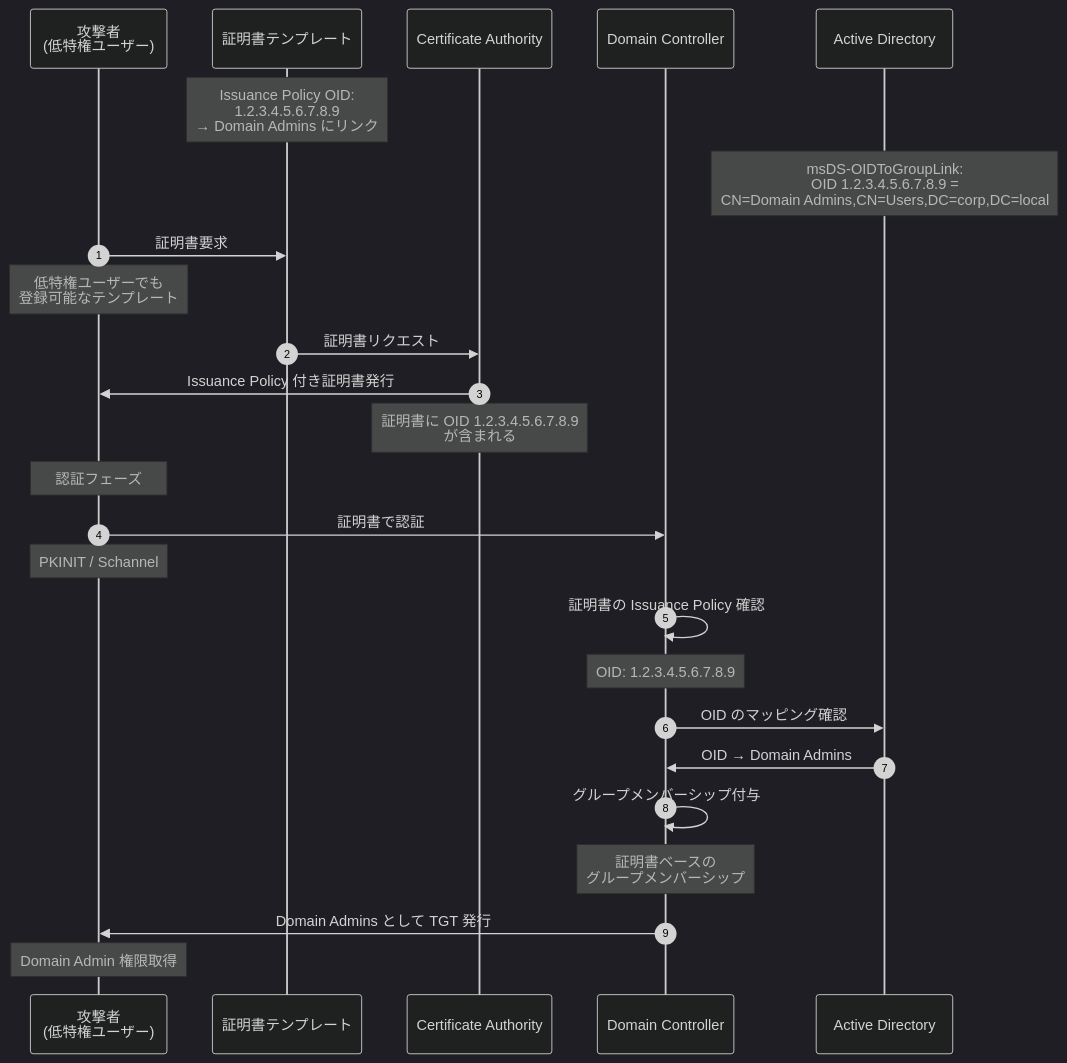
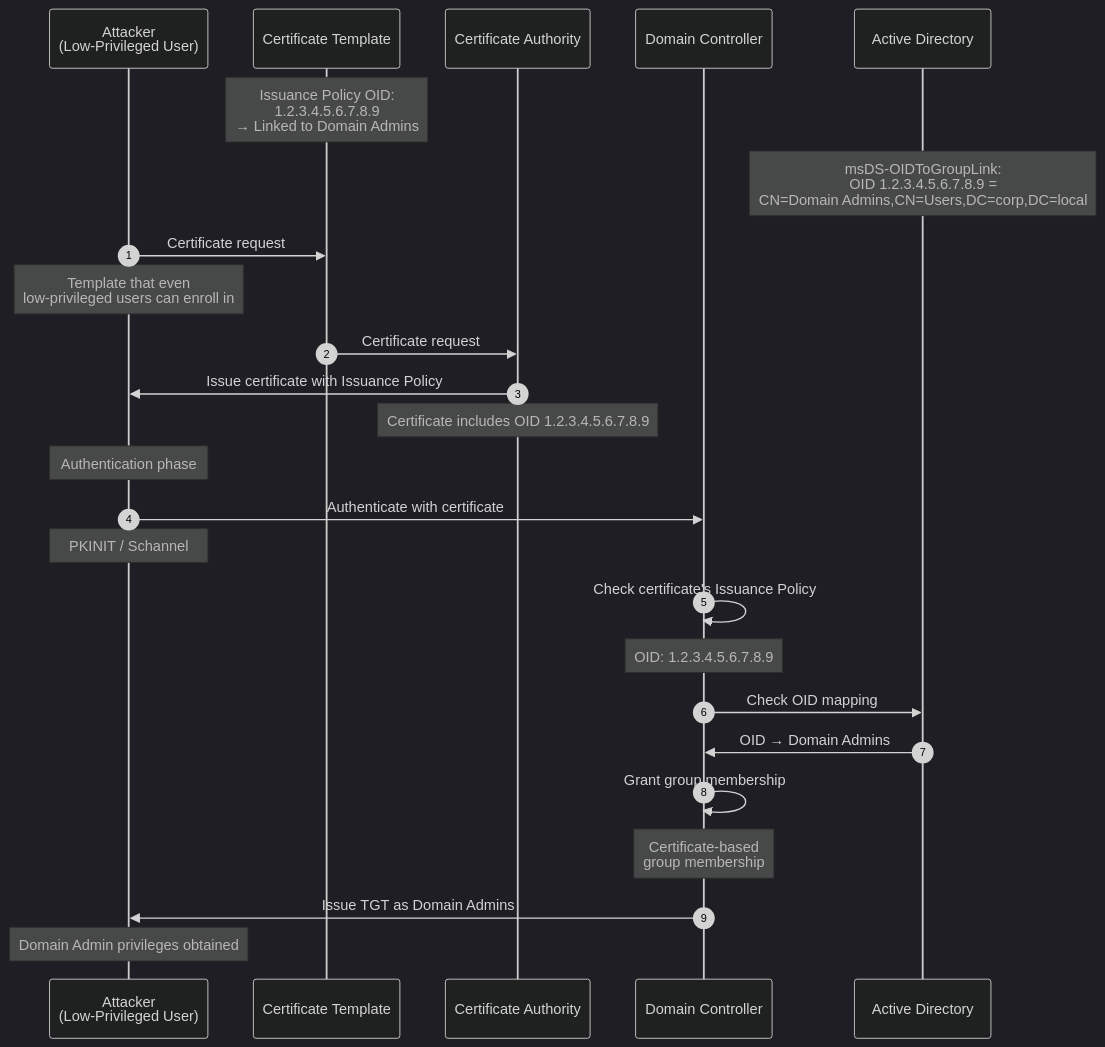
One commit to morimori-dev/morimori-dev.github.io changed diagram 13 of 17 in _posts/2026-03-03-tech-adcs-esc-attack-guide.md. Above: the diagram before and after it, drawn with Mermaid (dark theme). The commit also changed other lines of this file and 1 other file, not shown here.

````diff
--- a/_posts/2026-03-03-tech-adcs-esc-attack-guide.md
+++ b/_posts/2026-03-03-tech-adcs-esc-attack-guide.md
@@ -1259,39 +1260,39 @@
 ```mermaid
 sequenceDiagram
     autonumber
-    participant A as 攻撃者<br/>(低特権ユーザー)
-    participant T as 証明書テンプレート
+    participant A as Attacker<br/>(Low-Privileged User)
+    participant T as Certificate Template
     participant CA as Certificate Authority
     participant DC as Domain Controller
     participant AD as Active Directory
-    
-    Note over T: Issuance Policy OID:<br/>1.2.3.4.5.6.7.8.9<br/>→ Domain Admins にリンク
-    
+
+    Note over T: Issuance Policy OID:<br/>1.2.3.4.5.6.7.8.9<br/>→ Linked to Domain Admins
+
     Note over AD: msDS-OIDToGroupLink:<br/>OID 1.2.3.4.5.6.7.8.9 =<br/>CN=Domain Admins,CN=Users,DC=corp,DC=local
-    
-    A->>T: 証明書要求
-    Note over A: 低特権ユーザーでも<br/>登録可能なテンプレート
-    
-    T->>CA: 証明書リクエスト
-    
-    CA->>A: Issuance Policy 付き証明書発行
-    Note over CA: 証明書に OID 1.2.3.4.5.6.7.8.9<br/>が含まれる
-    
-    Note over A: 認証フェーズ
-    
-    A->>DC: 証明書で認証
+
+    A->>T: Certificate request
+    Note over A: Template that even<br/>low-privileged users can enroll in
+
+    T->>CA: Certificate request
+
+    CA->>A: Issue certificate with Issuance Policy
+    Note over CA: Certificate includes OID 1.2.3.4.5.6.7.8.9
+
+    Note over A: Authentication phase
+
+    A->>DC: Authenticate with certificate
     Note over A: PKINIT / Schannel
-    
-    DC->>DC: 証明書の Issuance Policy 確認
+
+    DC->>DC: Check certificate's Issuance Policy
     Note over DC: OID: 1.2.3.4.5.6.7.8.9
-    
-    DC->>AD: OID のマッピング確認
+
+    DC->>AD: Check OID mapping
     AD->>DC: OID → Domain Admins
-    
-    DC->>DC: グループメンバーシップ付与
-    Note over DC: 証明書ベースの<br/>グループメンバーシップ
-    
-    DC->>A: Domain Admins として TGT 発行
-    
-    Note over A: Domain Admin 権限取得
+
+    DC->>DC: Grant group membership
+    Note over DC: Certificate-based<br/>group membership
+
+    DC->>A: Issue TGT as Domain Admins
+
+    Note over A: Domain Admin privileges obtained
 ```
````
